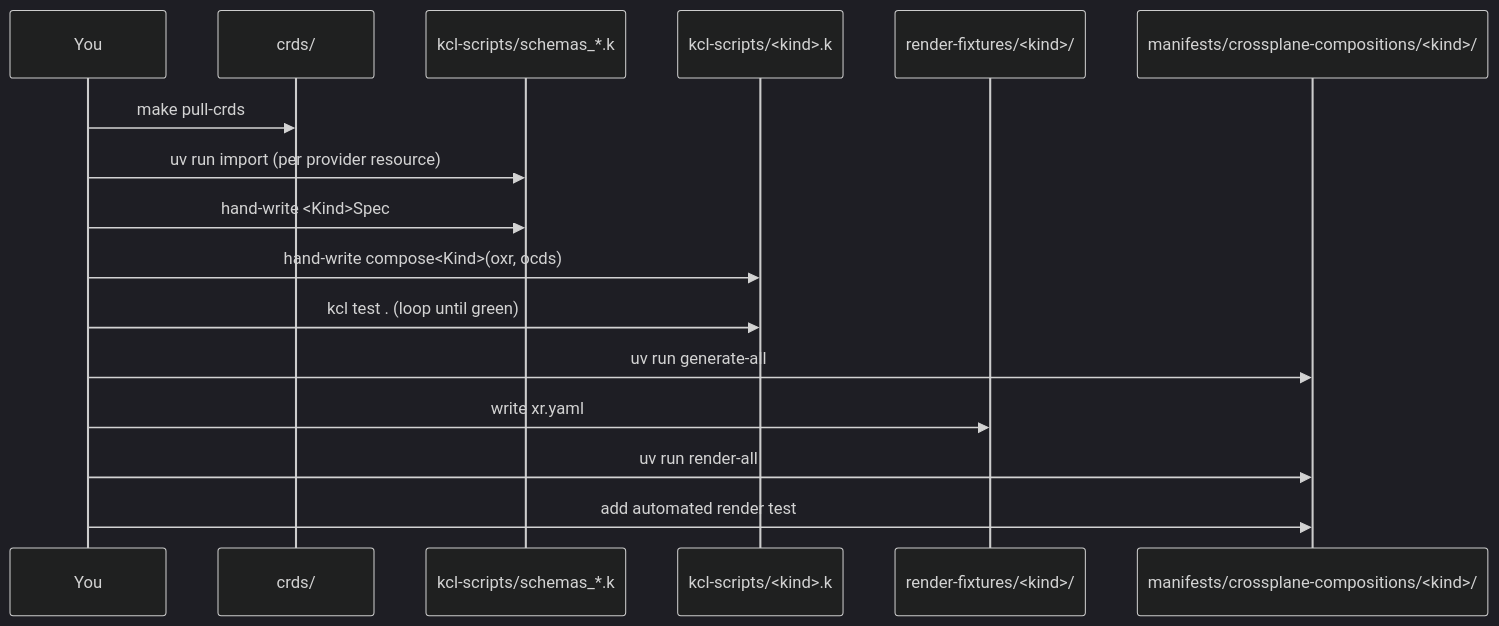
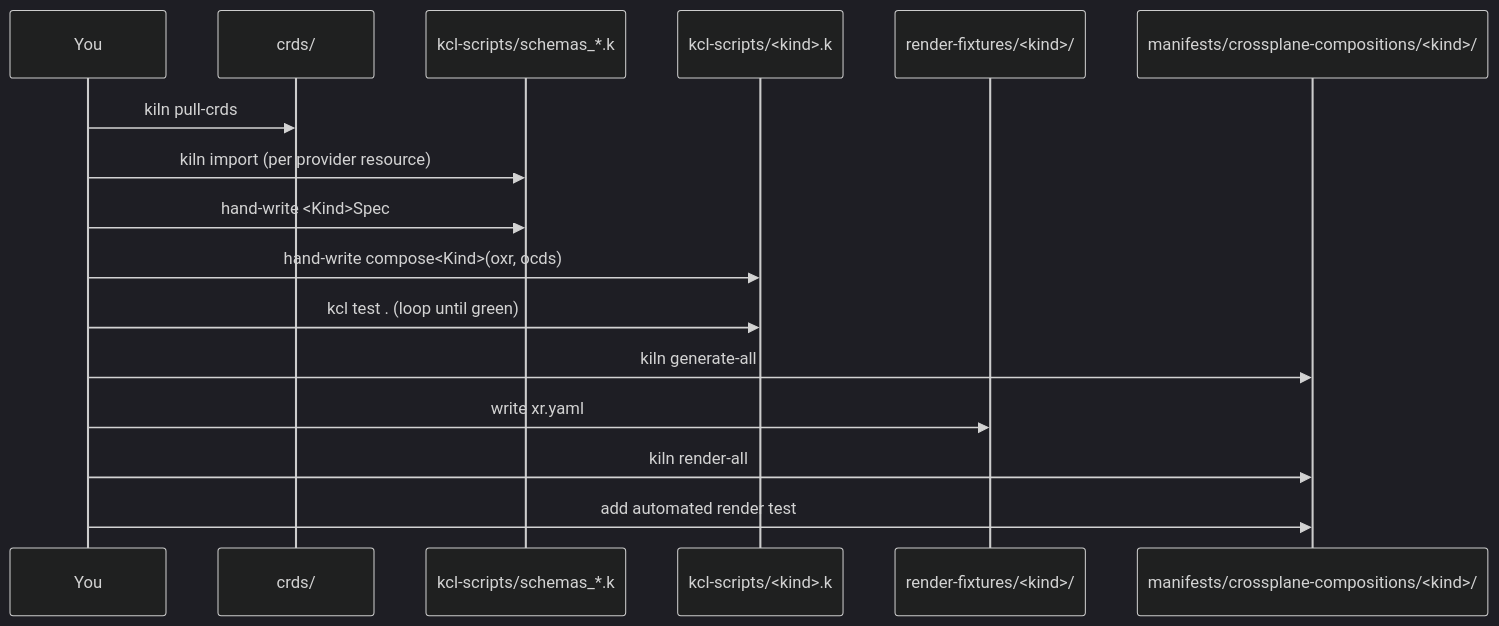
One commit to leprechaun/kiln changed the second of 2 diagrams in docs/onboarding.md. Above: the diagram before and after it, drawn with Mermaid (dark theme). The commit also changed other lines of this file and 3 other files, not shown here.

````diff
--- a/docs/onboarding.md
+++ b/docs/onboarding.md
@@ -227,19 +314,19 @@
 ```mermaid
 sequenceDiagram
     participant You
     participant CRDs as crds/
     participant Schemas as kcl-scripts/schemas_*.k
     participant Compose as kcl-scripts/<kind>.k
     participant Fixtures as render-fixtures/<kind>/
     participant Manifests as manifests/crossplane-compositions/<kind>/
 
-    You->>CRDs: make pull-crds
-    You->>Schemas: uv run import (per provider resource)
+    You->>CRDs: kiln pull-crds
+    You->>Schemas: kiln import (per provider resource)
     You->>Schemas: hand-write <Kind>Spec
     You->>Compose: hand-write compose<Kind>(oxr, ocds)
     You->>Compose: kcl test . (loop until green)
-    You->>Manifests: uv run generate-all
+    You->>Manifests: kiln generate-all
     You->>Fixtures: write xr.yaml
-    You->>Manifests: uv run render-all
+    You->>Manifests: kiln render-all
     You->>Manifests: add automated render test
 ```
````
